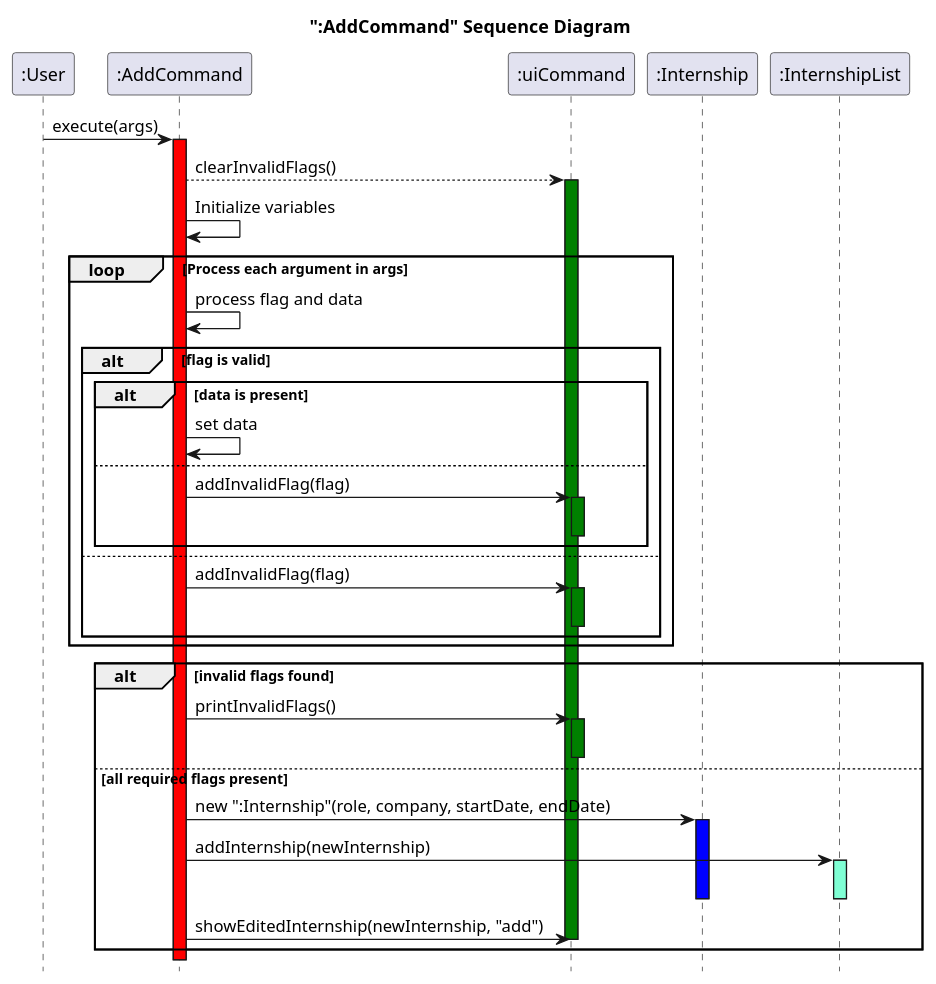
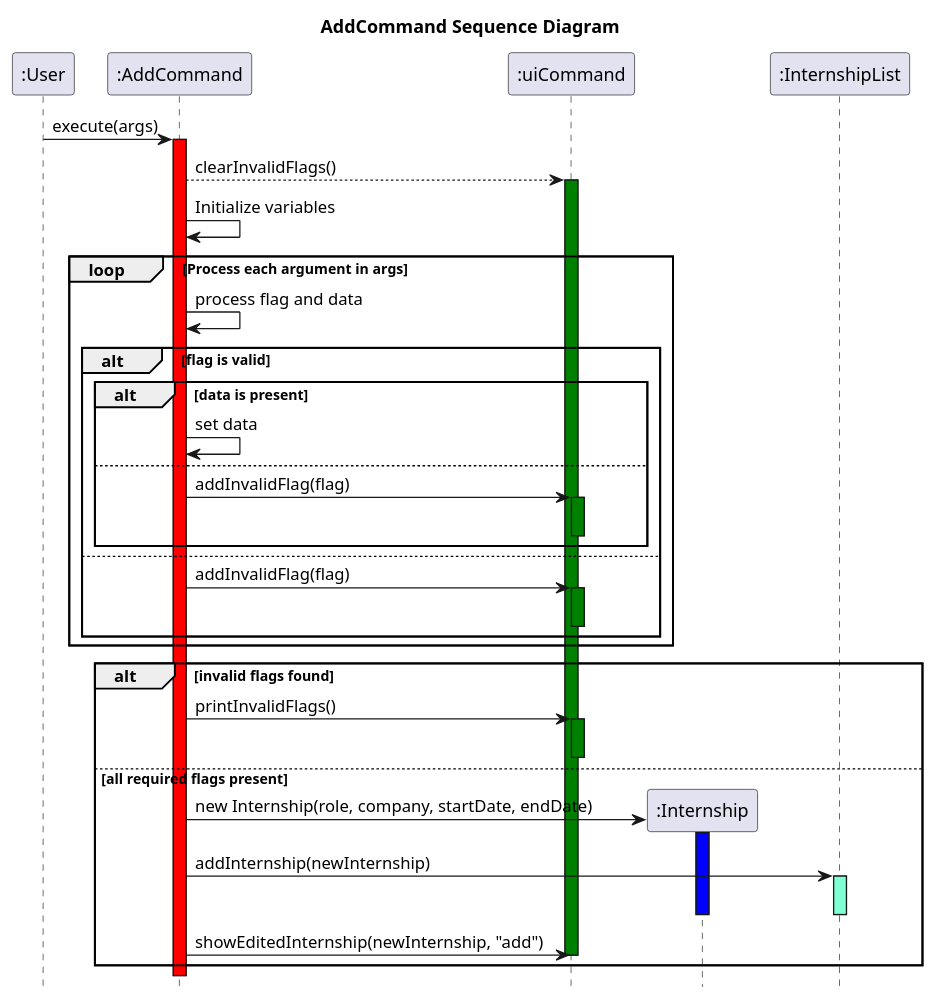
Before and after one commit to nus-cs2113-AY2425S1/tp: the diagram in docs/UML/AddCommand.puml, drawn with PlantUML. The commit also changed 5 other files, not shown here.

Commit message:
updated all diagrams

```diff
--- a/docs/UML/AddCommand.puml
+++ b/docs/UML/AddCommand.puml
@@ -1,50 +1,50 @@
 @startuml
-title ":AddCommand" Sequence Diagram
+title AddCommand Sequence Diagram
 hide footbox
 
 participant ":User"
 participant ":AddCommand"
 participant ":uiCommand"
 participant ":Internship"
 participant ":InternshipList"
 
 
 ":User"->":AddCommand":execute(args)
 activate ":AddCommand" #red
 ":AddCommand"-->":uiCommand":clearInvalidFlags()
 activate ":uiCommand" #green
 ":AddCommand"->":AddCommand" : Initialize variables
 
 loop Process each argument in args
   ":AddCommand" -> ":AddCommand" : process flag and data
   alt flag is valid
     alt data is present
       ":AddCommand" -> ":AddCommand" : set data
     else
       ":AddCommand" -> ":uiCommand" : addInvalidFlag(flag)
       activate ":uiCommand" #green
       deactivate ":uiCommand"
     end
   else
     ":AddCommand" -> ":uiCommand" : addInvalidFlag(flag)
     activate ":uiCommand" #green
     deactivate ":uiCommand"
   end
 end
 
 alt invalid flags found
   ":AddCommand"->":uiCommand": printInvalidFlags()
   activate ":uiCommand" #green
   deactivate ":uiCommand"
 else all required flags present
-  ":AddCommand" -> ":Internship": new ":Internship"(role, company, startDate, endDate)
+  ":AddCommand" -> ":Internship" **: new Internship(role, company, startDate, endDate)
   activate ":Internship" #blue
   ":AddCommand"-> ":InternshipList": addInternship(newInternship)
   activate ":InternshipList" #aquamarine
   deactivate ":Internship"
   deactivate ":InternshipList"
   ":AddCommand" -> ":uiCommand": showEditedInternship(newInternship, "add")
   deactivate ":uiCommand"
 end
 
 @enduml
```
